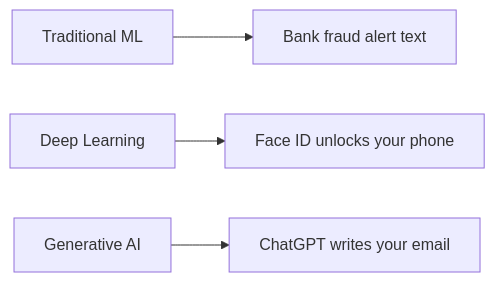
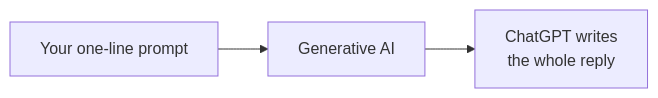
One commit to snotani/ai-training-platform changed the fifth of 6 diagrams in src/content/lessons/1.1.mdx. Above: the diagram before and after it, drawn with Mermaid. The commit also changed other lines of this file and 6 other files, not shown here.

````diff
--- a/src/content/lessons/1.1.mdx
+++ b/src/content/lessons/1.1.mdx
@@ -79,6 +101,5 @@
 ```mermaid
 flowchart LR
-  ml["Traditional ML"] --> mlx["Bank fraud alert text"]
-  dl["Deep Learning"] --> dlx["Face ID unlocks your phone"]
-  gen["Generative AI"] --> genx["ChatGPT writes your email"]
+  prompt["Your one-line prompt"] --> gen["Generative AI"]
+  gen --> reply["ChatGPT writes<br/>the whole reply"]
 ```
````
